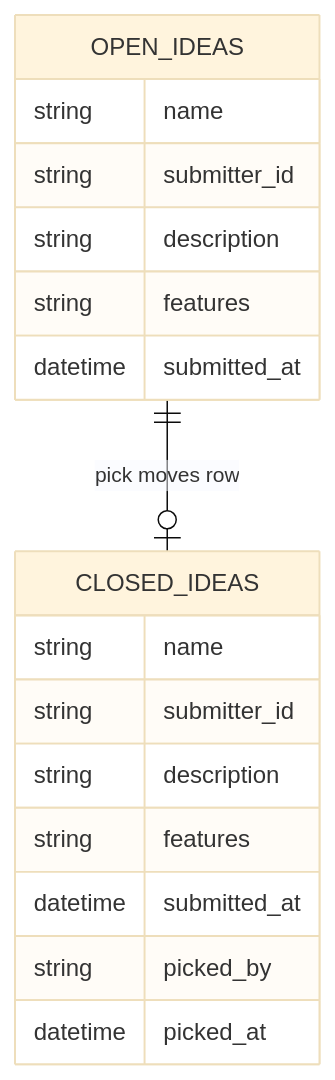
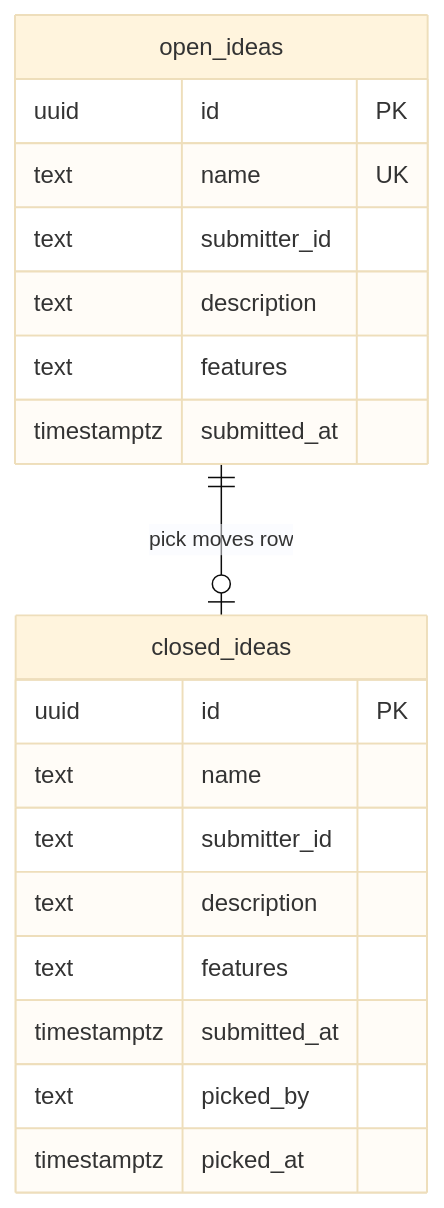
The diagram in hacky-hours/02-design/DATA_MODEL.md (empathetech/hacky-hours-bot), drawn with Mermaid (base theme) before and after one commit. The commit also changed other lines of this file and 8 other files, not shown here.

First line of the commit message:
docs: architecture rewrite — switch to Supabase Edge Functions + Postgres

````diff
--- a/hacky-hours/02-design/DATA_MODEL.md
+++ b/hacky-hours/02-design/DATA_MODEL.md
@@ -11,20 +15,22 @@
 ```mermaid
 erDiagram
-    OPEN_IDEAS {
-        string name
-        string submitter_id
-        string description
-        string features
-        datetime submitted_at
+    open_ideas {
+        uuid id PK
+        text name UK
+        text submitter_id
+        text description
+        text features
+        timestamptz submitted_at
     }
-    CLOSED_IDEAS {
-        string name
-        string submitter_id
-        string description
-        string features
-        datetime submitted_at
-        string picked_by
-        datetime picked_at
+    closed_ideas {
+        uuid id PK
+        text name
+        text submitter_id
+        text description
+        text features
+        timestamptz submitted_at
+        text picked_by
+        timestamptz picked_at
     }
-    OPEN_IDEAS ||--o| CLOSED_IDEAS : "pick moves row"
+    open_ideas ||--o| closed_ideas : "pick moves row"
 ```
````
